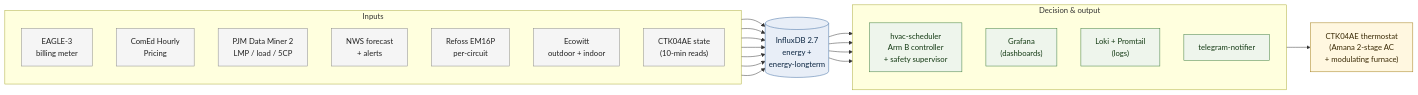
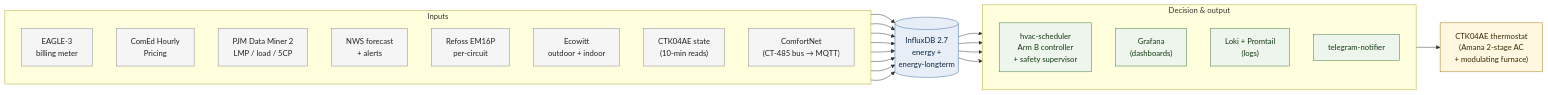
The diagram in docs/diagrams/architecture.mmd (FireDevPro/energy-stack), drawn with Mermaid before and after one commit. The commit also changed 3 other files, not shown here.

First line of the commit message:
docs(diagram): add ComfortNet to README architecture diagram

```diff
--- a/docs/diagrams/architecture.mmd
+++ b/docs/diagrams/architecture.mmd
@@ -1,46 +1,48 @@
 %% Top-level architecture diagram for README.md
 %% Source of truth. Rendered to architecture.svg via:
 %%   npx -y @mermaid-js/mermaid-cli -i docs/diagrams/architecture.mmd -o docs/diagrams/architecture.svg -t neutral -b transparent
 %% Re-render after any edits and commit both files together.
 
 flowchart LR
   classDef store fill:#e8eef7,stroke:#3b6aa0,color:#0b2540
   classDef input fill:#f5f5f5,stroke:#888,color:#222
   classDef output fill:#eef5ec,stroke:#3a7a3a,color:#143a14
   classDef hw fill:#fff7e0,stroke:#a07a14,color:#3a2a05
 
   subgraph IN["Inputs"]
     direction TB
     E["EAGLE-3<br/>billing meter"]:::input
     C["ComEd Hourly<br/>Pricing"]:::input
     P["PJM Data Miner 2<br/>LMP / load / 5CP"]:::input
     N["NWS forecast<br/>+ alerts"]:::input
     R["Refoss EM16P<br/>per-circuit"]:::input
     W["Ecowitt<br/>outdoor + indoor"]:::input
     T["CTK04AE state<br/>(10-min reads)"]:::input
+    CN["ComfortNet<br/>(CT-485 bus &rarr; MQTT)"]:::input
   end
 
   DB[("InfluxDB 2.7<br/>energy +<br/>energy-longterm")]:::store
 
   subgraph OUT["Decision &amp; output"]
     direction TB
     H["hvac-scheduler<br/>Arm B controller<br/>+ safety supervisor"]:::output
     G["Grafana<br/>(dashboards)"]:::output
     L["Loki + Promtail<br/>(logs)"]:::output
     M["telegram-notifier"]:::output
   end
 
   TS["CTK04AE thermostat<br/>(Amana 2-stage AC<br/>+ modulating furnace)"]:::hw
 
   E --> DB
   C --> DB
   P --> DB
   N --> DB
   R --> DB
   W --> DB
   T --> DB
+  CN --> DB
   DB --> H
   DB --> G
   DB --> M
   DB --> L
   H --> TS
```
